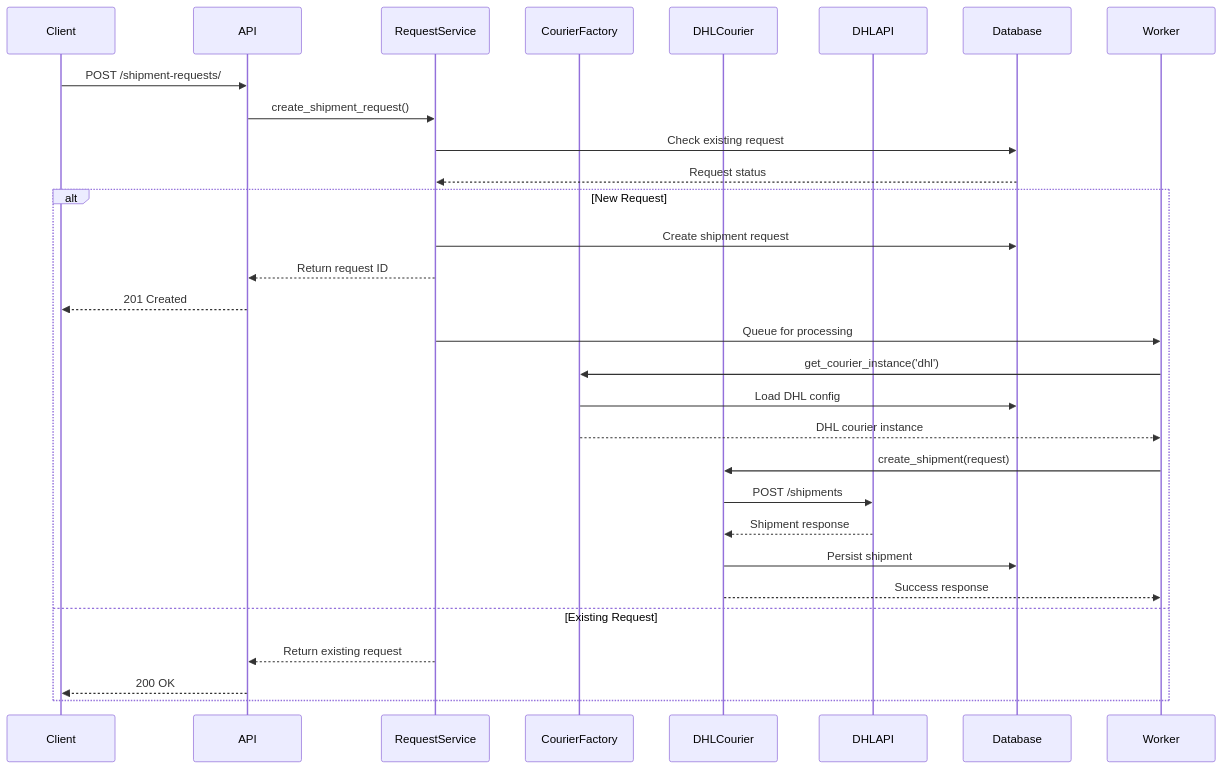
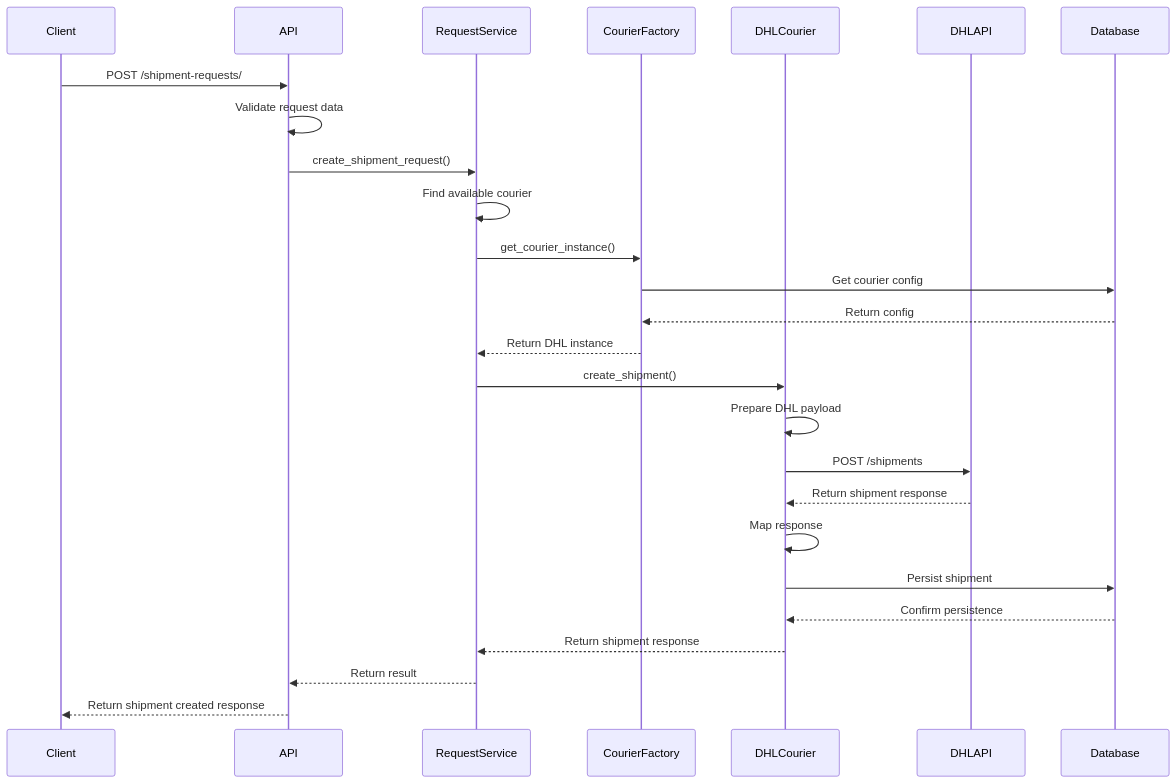
One commit to syed-zunnurain/couriers-unified changed the fourth of 8 diagrams in README.md. Above: the diagram before and after it, drawn with Mermaid. The commit also changed other lines of this file and 14 other files, not shown here.

````diff
--- a/README.md
+++ b/README.md
@@ -675,36 +360,29 @@
 ```mermaid
 sequenceDiagram
     participant Client
     participant API
     participant RequestService
     participant CourierFactory
     participant DHLCourier
     participant DHLAPI
     participant Database
-    participant Worker
-
+    
     Client->>API: POST /shipment-requests/
+    API->>API: Validate request data
     API->>RequestService: create_shipment_request()
-    RequestService->>Database: Check existing request
-    Database-->>RequestService: Request status
-    
-    alt New Request
-        RequestService->>Database: Create shipment request
-        RequestService-->>API: Return request ID
-        API-->>Client: 201 Created
-        
-        RequestService->>Worker: Queue for processing
-        Worker->>CourierFactory: get_courier_instance('dhl')
-        CourierFactory->>Database: Load DHL config
-        CourierFactory-->>Worker: DHL courier instance
-        
-        Worker->>DHLCourier: create_shipment(request)
-        DHLCourier->>DHLAPI: POST /shipments
-        DHLAPI-->>DHLCourier: Shipment response
-        DHLCourier->>Database: Persist shipment
-        DHLCourier-->>Worker: Success response
-    else Existing Request
-        RequestService-->>API: Return existing request
-        API-->>Client: 200 OK
-    end
+    RequestService->>RequestService: Find available courier
+    RequestService->>CourierFactory: get_courier_instance()
+    CourierFactory->>Database: Get courier config
+    Database-->>CourierFactory: Return config
+    CourierFactory-->>RequestService: Return DHL instance
+    RequestService->>DHLCourier: create_shipment()
+    DHLCourier->>DHLCourier: Prepare DHL payload
+    DHLCourier->>DHLAPI: POST /shipments
+    DHLAPI-->>DHLCourier: Return shipment response
+    DHLCourier->>DHLCourier: Map response
+    DHLCourier->>Database: Persist shipment
+    Database-->>DHLCourier: Confirm persistence
+    DHLCourier-->>RequestService: Return shipment response
+    RequestService-->>API: Return result
+    API-->>Client: Return shipment created response
 ```
````
